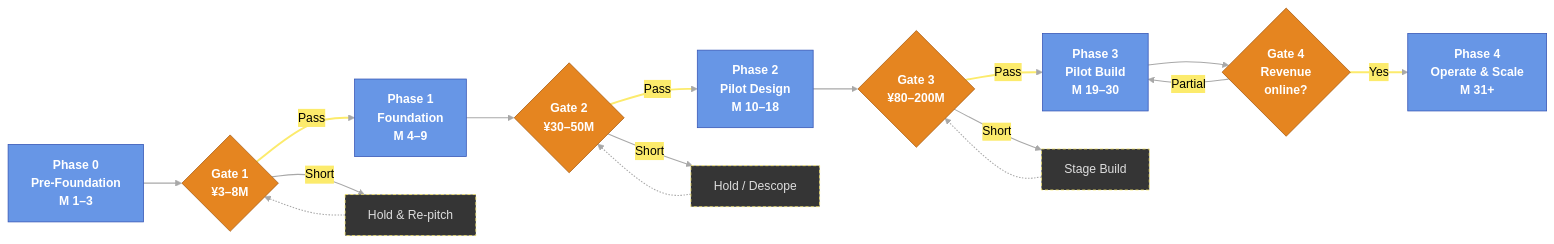
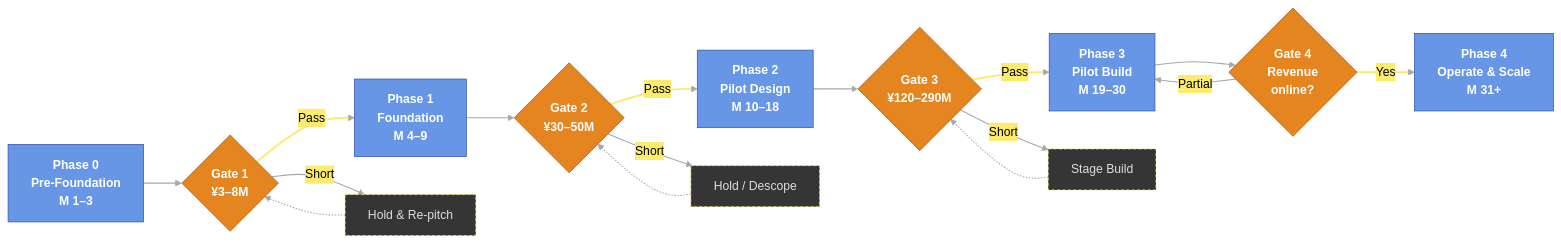
One commit to robouden/mitsue-ai-data-center changed the first of 2 diagrams in mitsue_phases_funding_flowchart.md. Above: the diagram before and after it, drawn with Mermaid. The commit also changed other lines of this file and 22 other files, not shown here.

````diff
--- a/mitsue_phases_funding_flowchart.md
+++ b/mitsue_phases_funding_flowchart.md
@@ -9,48 +9,48 @@
 ```mermaid
 %%{init: {'theme':'base','flowchart':{'htmlLabels':true},'themeVariables':{
   'background':'#404040',
   'primaryColor':'#6796e6','primaryTextColor':'#FFFFFF','primaryBorderColor':'#3655b5',
   'lineColor':'#A8A8A8','textColor':'#DEDEDE',
   'edgeLabelBackground':'#FCEB6C',
   'fontFamily':'Segoe UI, Helvetica, sans-serif'
 }}}%%
 flowchart LR
     P0["Phase 0<br/>Pre-Foundation<br/>M 1–3"]
     P1["Phase 1<br/>Foundation<br/>M 4–9"]
     P2["Phase 2<br/>Pilot Design<br/>M 10–18"]
     P3["Phase 3<br/>Pilot Build<br/>M 19–30"]
     P4["Phase 4<br/>Operate &amp; Scale<br/>M 31+"]
 
     G1{"Gate 1<br/>¥3–8M"}
     G2{"Gate 2<br/>¥30–50M"}
-    G3{"Gate 3<br/>¥80–200M"}
+    G3{"Gate 3<br/>¥120–290M"}
     G4{"Gate 4<br/>Revenue<br/>online?"}
 
     H1["Hold &amp; Re-pitch"]
     H2["Hold / Descope"]
     H3["Stage Build"]
 
     P0 --> G1
     G1 -->|Pass| P1
     P1 --> G2
     G2 -->|Pass| P2
     P2 --> G3
     G3 -->|Pass| P3
     P3 --> G4
     G4 -->|Yes| P4
 
     G1 -->|Short| H1 -.-> G1
     G2 -->|Short| H2 -.-> G2
     G3 -->|Short| H3 -.-> G3
     G4 -->|Partial| P3
 
     classDef phase fill:#6796e6,stroke:#3655b5,stroke-width:1px,color:#FFFFFF,font-weight:bold
     classDef gate  fill:#e58520,stroke:#A85C10,stroke-width:1px,color:#FFFFFF,font-weight:bold
     classDef hold  fill:#353535,stroke:#FCEB6C,stroke-width:1px,color:#DEDEDE,stroke-dasharray:4 3
     class P0,P1,P2,P3,P4 phase
     class G1,G2,G3,G4 gate
     class H1,H2,H3 hold
 
     linkStyle default stroke:#A8A8A8,stroke-width:1.4px,color:#000000
     linkStyle 1,3,5,7 stroke:#FCEB6C,stroke-width:2.5px,color:#000000
 ```
````
